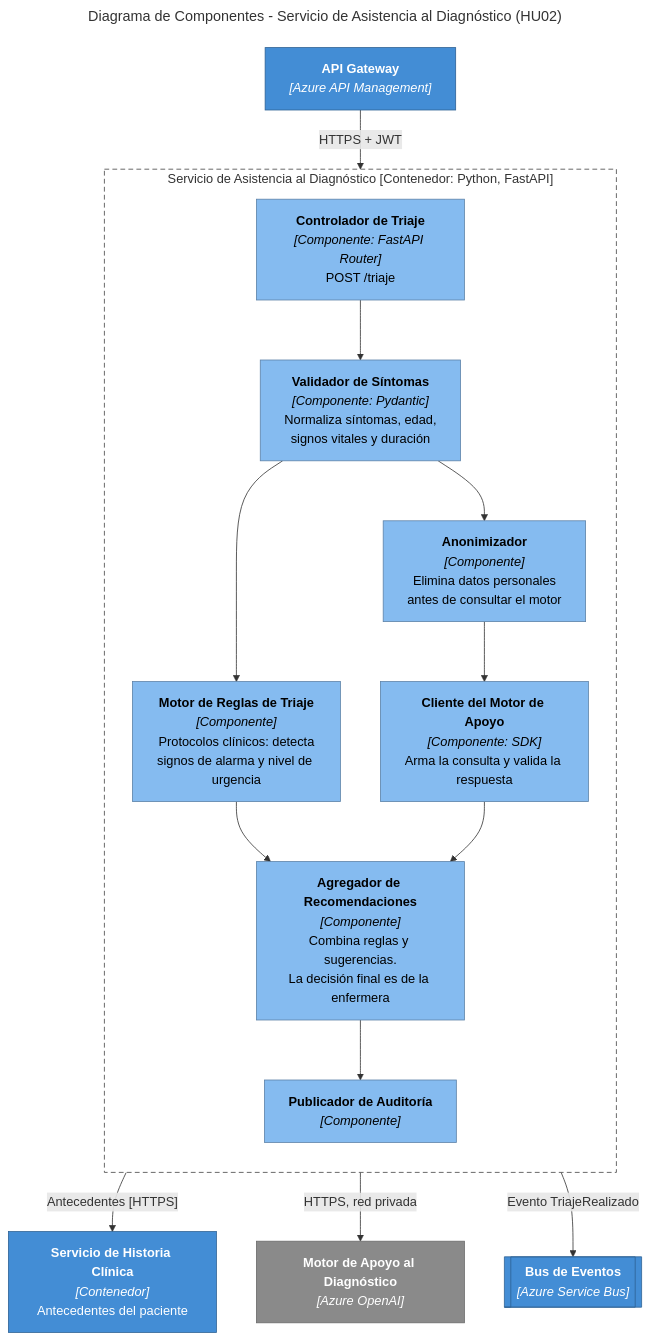
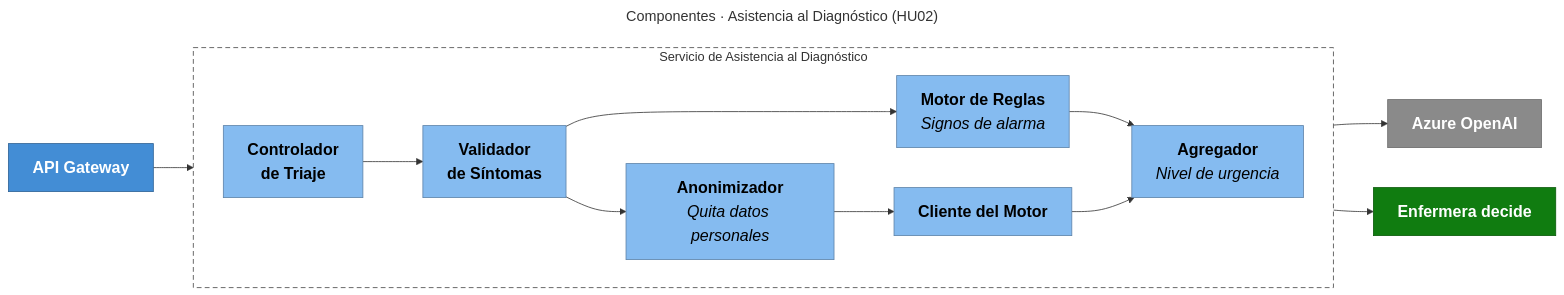
One commit to Jordy-Lv/medical-health-cloud-architecture changed the diagram in diagramas/03b-componentes-diagnostico.mmd. Above: the diagram before and after it, drawn with Mermaid. The commit also changed 19 other files, not shown here.

Commit message:
Simplifica los diagramas para que se lean mejor en pantalla

```diff
--- a/diagramas/03b-componentes-diagnostico.mmd
+++ b/diagramas/03b-componentes-diagnostico.mmd
@@ -1,40 +1,32 @@
 ---
-title: Diagrama de Componentes - Servicio de Asistencia al Diagnóstico (HU02)
+title: Componentes · Asistencia al Diagnóstico (HU02)
 ---
-flowchart TB
-  gateway["<b>API Gateway</b><br/><i>[Azure API Management]</i>"]
-
-  subgraph svc["Servicio de Asistencia al Diagnóstico [Contenedor: Python, FastAPI]"]
-    direction TB
-    controlador["<b>Controlador de Triaje</b><br/><i>[Componente: FastAPI Router]</i><br/>POST /triaje"]
-    validador["<b>Validador de Síntomas</b><br/><i>[Componente: Pydantic]</i><br/>Normaliza síntomas, edad,<br/>signos vitales y duración"]
-    reglas["<b>Motor de Reglas de Triaje</b><br/><i>[Componente]</i><br/>Protocolos clínicos: detecta<br/>signos de alarma y nivel de urgencia"]
-    anonimizador["<b>Anonimizador</b><br/><i>[Componente]</i><br/>Elimina datos personales<br/>antes de consultar el motor"]
-    clienteMotor["<b>Cliente del Motor de Apoyo</b><br/><i>[Componente: SDK]</i><br/>Arma la consulta y valida la respuesta"]
-    agregador["<b>Agregador de Recomendaciones</b><br/><i>[Componente]</i><br/>Combina reglas y sugerencias.<br/>La decisión final es de la enfermera"]
-    auditoria["<b>Publicador de Auditoría</b><br/><i>[Componente]</i>"]
+flowchart LR
+  gateway["<b>API Gateway</b>"]
+  subgraph svc["Servicio de Asistencia al Diagnóstico"]
+    direction LR
+    controlador["<b>Controlador<br/>de Triaje</b>"]
+    validador["<b>Validador<br/>de Síntomas</b>"]
+    reglas["<b>Motor de Reglas</b><br/><i>Signos de alarma</i>"]
+    anonimizador["<b>Anonimizador</b><br/><i>Quita datos personales</i>"]
+    cliente["<b>Cliente del Motor</b>"]
+    agregador["<b>Agregador</b><br/><i>Nivel de urgencia</i>"]
   end
-
-  historia["<b>Servicio de Historia Clínica</b><br/><i>[Contenedor]</i><br/>Antecedentes del paciente"]
-  motor["<b>Motor de Apoyo al Diagnóstico</b><br/><i>[Azure OpenAI]</i>"]
-  bus[["<b>Bus de Eventos</b><br/><i>[Azure Service Bus]</i>"]]
-
-  gateway -- "HTTPS + JWT" --> controlador
-  controlador --> validador
-  validador --> reglas
-  validador --> anonimizador
-  anonimizador --> clienteMotor
-  reglas --> agregador
-  clienteMotor --> agregador
-  controlador -- "Antecedentes [HTTPS]" --> historia
-  clienteMotor -- "HTTPS, red privada" --> motor
-  agregador --> auditoria
-  auditoria -- "Evento TriajeRealizado" --> bus
-
-  classDef componente fill:#85bbf0,stroke:#5d82a8,color:#000000
-  classDef contenedor fill:#438dd5,stroke:#2e6295,color:#ffffff
-  classDef externo fill:#8a8a8a,stroke:#6b6b6b,color:#ffffff
-  class controlador,validador,reglas,anonimizador,clienteMotor,agregador,auditoria componente
-  class gateway,historia,bus contenedor
+  motor["<b>Azure OpenAI</b>"]
+  enfermera["<b>Enfermera decide</b>"]
+  gateway --> controlador --> validador
+  validador --> reglas --> agregador
+  validador --> anonimizador --> cliente --> motor
+  cliente --> agregador
+  agregador --> enfermera
+  classDef persona fill:#08427b,stroke:#052e56,color:#ffffff,font-size:20px
+  classDef sistema fill:#1168bd,stroke:#0b4884,color:#ffffff,font-size:22px
+  classDef contenedor fill:#438dd5,stroke:#2e6295,color:#ffffff,font-size:20px
+  classDef componente fill:#85bbf0,stroke:#5d82a8,color:#000000,font-size:20px
+  classDef externo fill:#8a8a8a,stroke:#6b6b6b,color:#ffffff,font-size:20px
+  class controlador,validador,reglas,anonimizador,cliente,agregador componente
+  class gateway contenedor
   class motor externo
+  classDef decide fill:#107c10,stroke:#0b5a0b,color:#ffffff,font-size:20px
+  class enfermera decide
   style svc fill:#ffffff,stroke:#444444,stroke-dasharray:6 4
```
